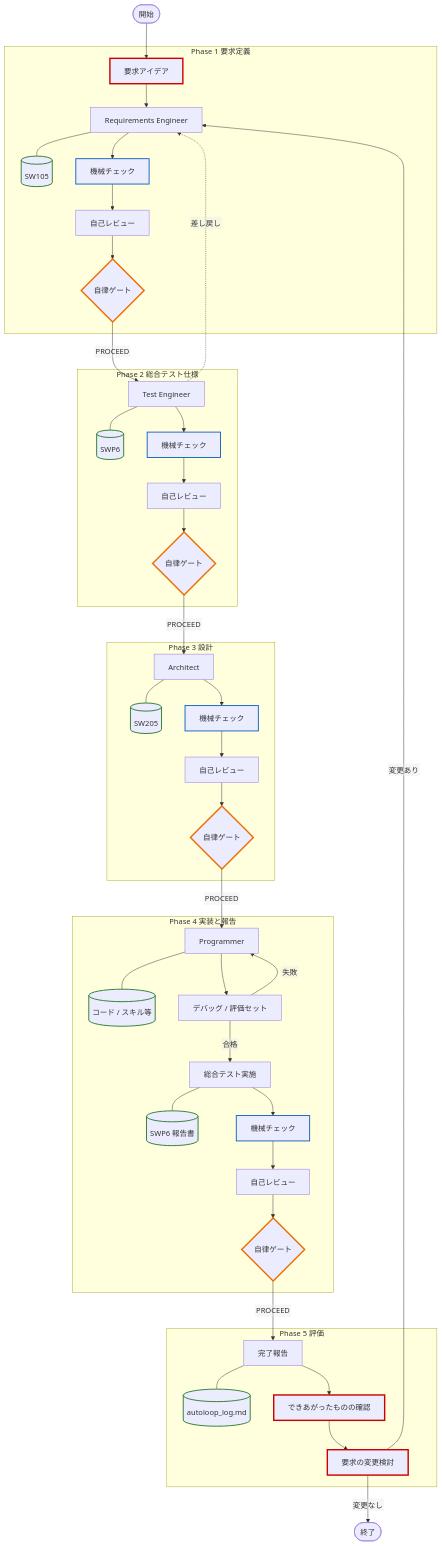
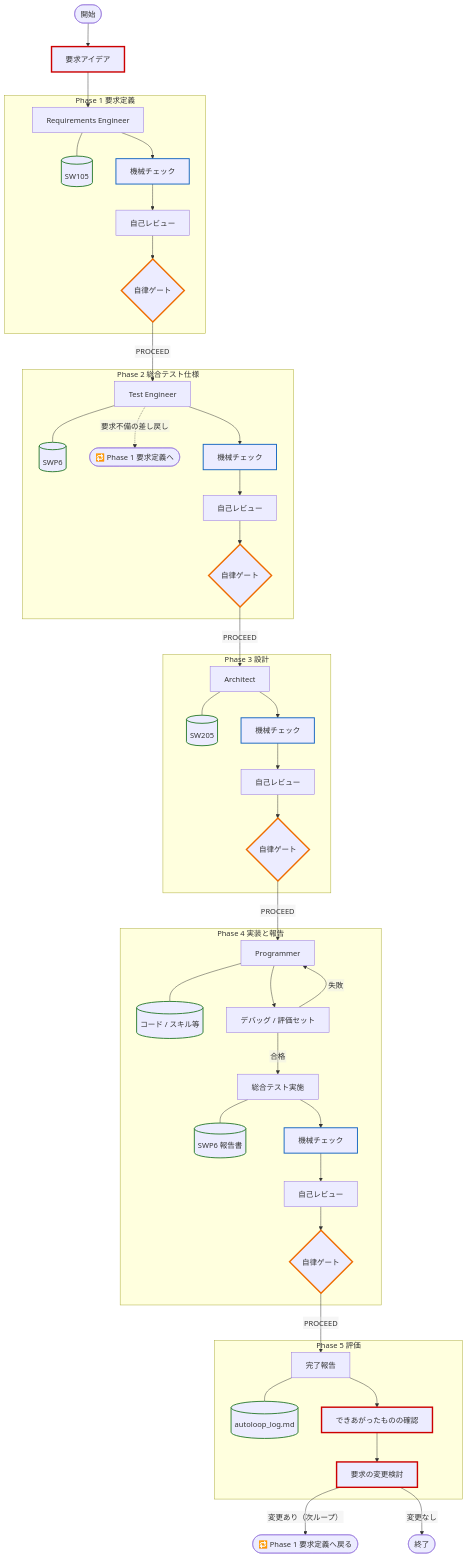
The second of 7 diagrams in README.md (yamaPiT/DADAProcess), drawn with Mermaid before and after one commit. The commit also changed other lines of this file and 53 other files, not shown here.

Commit message:
docs(artifacts): save Phase 1-5 DADA development artifacts and test suite for enhance_review_agent

````diff
--- a/README.md
+++ b/README.md
@@ -630,61 +661,79 @@
 ```mermaid
 %%{init: {"flowchart": {"htmlLabels": false, "wrappingWidth": 999}}}%%
-graph TD
+flowchart TD
     Start(["開始"]) --> UserReq["要求アイデア"]
+    UserReq --> Req
 
     subgraph P1 ["Phase 1 要求定義"]
-        UserReq --> Req["Requirements Engineer"]
+        Req["Requirements Engineer"]
         Req --- ReqDoc[("SW105")]
         Req --> ReqChk["機械チェック"]
         ReqChk --> ReqRev["自己レビュー"]
         ReqRev --> Gate1{"自律ゲート"}
     end
 
+    Gate1 -->|PROCEED| TestPlan
+
     subgraph P2 ["Phase 2 総合テスト仕様"]
-        Gate1 -->|PROCEED| TestPlan["Test Engineer"]
+        TestPlan["Test Engineer"]
         TestPlan --- TestDoc[("SWP6")]
+        TestPlan -.->|要求不備の差し戻し| BackP1(["🔁 Phase 1 要求定義へ"])
         TestPlan --> TestChk["機械チェック"]
         TestChk --> TestRev["自己レビュー"]
         TestRev --> Gate2{"自律ゲート"}
     end
-    TestPlan -.->|差し戻し| Req
+
+    Gate2 -->|PROCEED| Arch
 
     subgraph P3 ["Phase 3 設計"]
-        Gate2 -->|PROCEED| Arch["Architect"]
+        Arch["Architect"]
         Arch --- ArchDoc[("SW205")]
         Arch --> ArchChk["機械チェック"]
         ArchChk --> ArchRev["自己レビュー"]
         ArchRev --> Gate3{"自律ゲート"}
     end
 
+    Gate3 -->|PROCEED| Impl
+
     subgraph P4 ["Phase 4 実装と報告"]
-        Gate3 -->|PROCEED| Impl["Programmer"]
+        Impl["Programmer"]
         Impl --- ProgDoc[("コード / スキル等")]
         Impl --> ImplLoop["デバッグ / 評価セット"]
         ImplLoop -->|失敗| Impl
         ImplLoop -->|合格| SysTest["総合テスト実施"]
         SysTest --- ReportDoc[("SWP6 報告書")]
         SysTest --> CodeChk["機械チェック"]
         CodeChk --> CodeRev["自己レビュー"]
         CodeRev --> Gate4{"自律ゲート"}
     end
 
+    Gate4 -->|PROCEED| Report
+
     subgraph P5 ["Phase 5 評価"]
-        Gate4 -->|PROCEED| Report["完了報告"]
+        Report["完了報告"]
         Report --- AutoLog[("autoloop_log.md")]
         Report --> Eval1["できあがったものの確認"]
         Eval1 --> Eval2["要求の変更検討"]
     end
-    Eval2 -->|変更あり| Req
+
+    Eval2 -->|変更あり（次ループ）| NextP1(["🔁 Phase 1 要求定義へ戻る"])
     Eval2 -->|変更なし| End(["終了"])
 
-    classDef human stroke:#cc0000,stroke-width:3px;
-    classDef tool stroke:#1565c0,stroke-width:2px;
-    classDef doc stroke:#2e7d32,stroke-width:2px;
-    classDef gate stroke:#ef6c00,stroke-width:3px;
-
-    class UserReq,Eval1,Eval2 human;
-    class ReqChk,TestChk,ArchChk,CodeChk tool;
-    class ReqDoc,ArchDoc,ProgDoc,TestDoc,ReportDoc,AutoLog doc;
-    class Gate1,Gate2,Gate3,Gate4 gate;
+    style UserReq stroke:#cc0000,stroke-width:3px
+    style Eval1 stroke:#cc0000,stroke-width:3px
+    style Eval2 stroke:#cc0000,stroke-width:3px
+    style ReqChk stroke:#1565c0,stroke-width:2px
+    style TestChk stroke:#1565c0,stroke-width:2px
+    style ArchChk stroke:#1565c0,stroke-width:2px
+    style CodeChk stroke:#1565c0,stroke-width:2px
+    style ReqDoc stroke:#2e7d32,stroke-width:2px
+    style TestDoc stroke:#2e7d32,stroke-width:2px
+    style ArchDoc stroke:#2e7d32,stroke-width:2px
+    style ProgDoc stroke:#2e7d32,stroke-width:2px
+    style ReportDoc stroke:#2e7d32,stroke-width:2px
+    style AutoLog stroke:#2e7d32,stroke-width:2px
+    style Gate1 stroke:#ef6c00,stroke-width:3px
+    style Gate2 stroke:#ef6c00,stroke-width:3px
+    style Gate3 stroke:#ef6c00,stroke-width:3px
+    style Gate4 stroke:#ef6c00,stroke-width:3px
 ```
````
